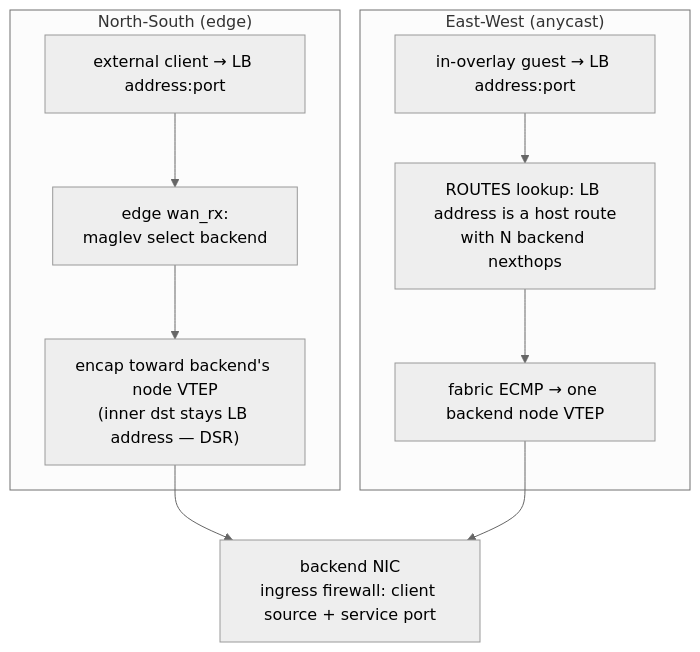
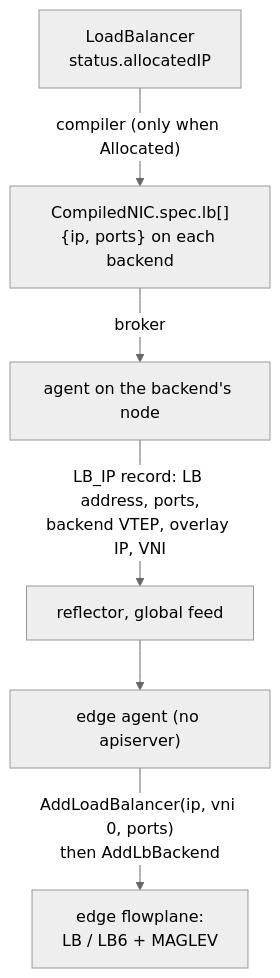
Before and after one commit to trevex/ectobase: the first of 2 diagrams in docs/features/loadbalancer.md, drawn with Mermaid (neutral theme). The commit also changed other lines of this file and 57 other files, not shown here.

First line of the commit message:
docs: rework concepts, architecture, networking, operating, reference and contributing

````diff
--- a/docs/features/loadbalancer.md
+++ b/docs/features/loadbalancer.md
@@ -46,13 +56,8 @@
 ```mermaid
 flowchart TD
-    subgraph ns["North-South (edge)"]
-        ext["external client → LB address:port"] --> edge["edge wan_rx:<br/>maglev select backend"]
-        edge --> dsr1["encap toward backend's node VTEP<br/>(inner dst stays LB address — DSR)"]
-    end
-    subgraph ew["East-West (anycast)"]
-        guest["in-overlay guest → LB address:port"] --> route["ROUTES lookup: LB address is a host route<br/>with N backend nexthops"]
-        route --> ecmp["fabric ECMP → one backend node VTEP"]
-    end
-    dsr1 --> be["backend NIC<br/>ingress firewall: client source + service port"]
-    ecmp --> be
+    lb["LoadBalancer<br/>status.allocatedIP"] -->|"compiler (only when Allocated)"| cnic["CompiledNIC.spec.lb[]<br/>{ip, ports} on each backend"]
+    cnic -->|broker| agent["agent on the backend's node"]
+    agent -->|"LB_IP record: LB address, ports,<br/>backend VTEP, overlay IP, VNI"| refl["reflector, global feed"]
+    refl --> edge["edge agent (no apiserver)"]
+    edge -->|"AddLoadBalancer(ip, vni 0, ports)<br/>then AddLbBackend"| maps["edge flowplane:<br/>LB / LB6 + MAGLEV"]
 ```
````
